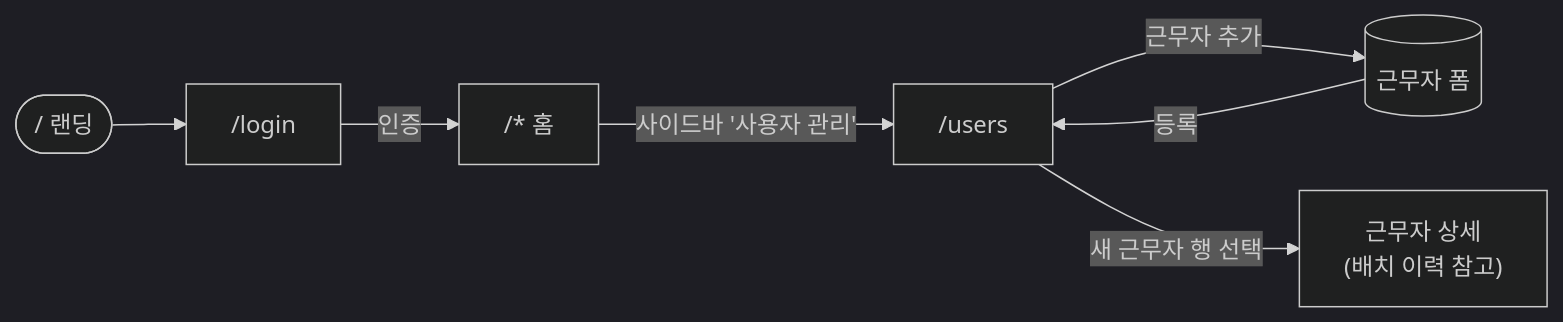
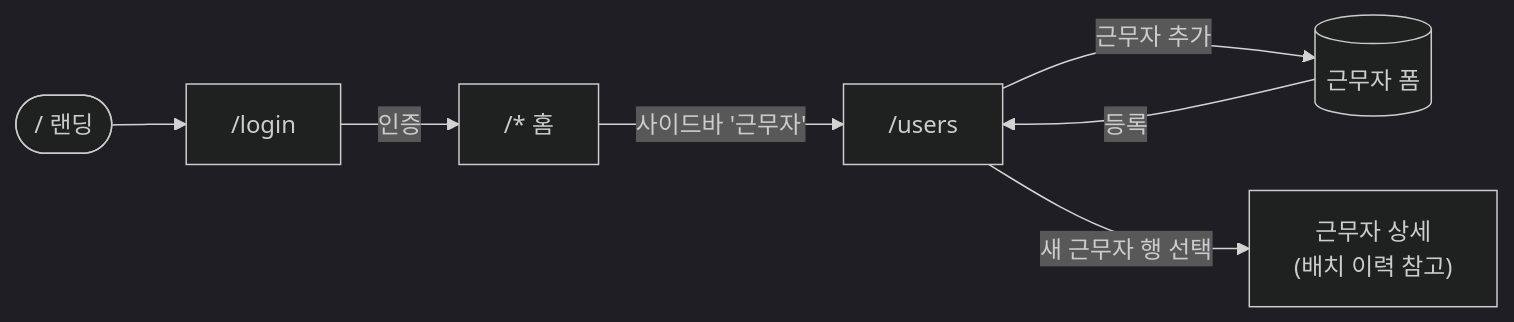
Before and after one commit to S-Tec-System-R-D/s-patrol_fe: the fourth of 15 diagrams in docs/flow.md, drawn with Mermaid. The commit also changed other lines of this file and 22 other files, not shown here.

````diff
--- a/docs/flow.md
+++ b/docs/flow.md
@@ -182,10 +182,10 @@
 ```mermaid
 %%{init: {'theme':'dark'}}%%
 flowchart LR
     A(["/ 랜딩"]) --> B["/login"]
     B -- 인증 --> C["/* 홈"]
-    C -- "사이드바 '사용자 관리'" --> D["/users"]
+    C -- "사이드바 '근무자'" --> D["/users"]
     D -- "근무자 추가" --> E[(근무자 폼)]
     E -- 등록 --> D
     D -- 새 근무자 행 선택 --> F["근무자 상세<br/>(배치 이력 참고)"]
 ```
````
